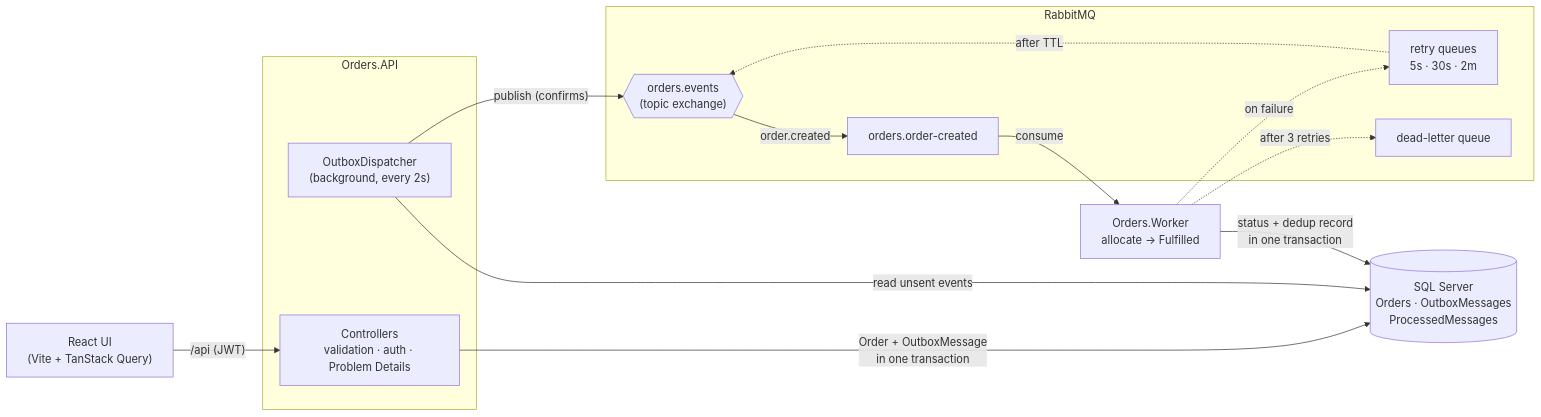
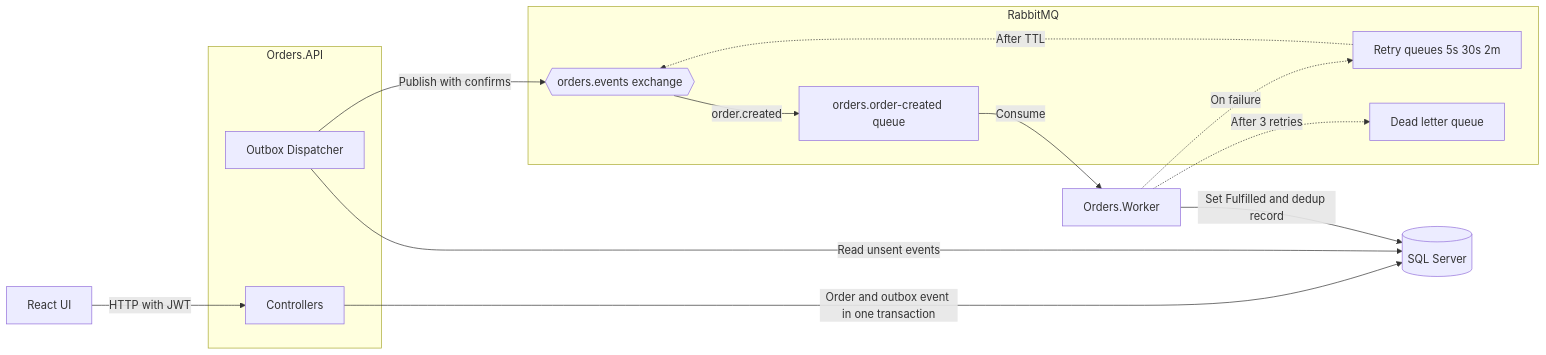
Before and after one commit to papi973/AmrodOrders: the first of 2 diagrams in README.md, drawn with Mermaid. The commit also changed other lines of this file, not shown here.

Commit message:
Fixed render errors

````diff
--- a/README.md
+++ b/README.md
@@ -113,31 +113,31 @@
 ```mermaid
 flowchart LR
-    UI["React UI<br/>(Vite + TanStack Query)"]
+    UI[React UI]
 
-    subgraph API["Orders.API"]
-        C["Controllers<br/>validation · auth · Problem Details"]
-        D["OutboxDispatcher<br/>(background, every 2s)"]
+    subgraph APIBOX [Orders.API]
+        C[Controllers]
+        D[Outbox Dispatcher]
     end
 
-    DB[("SQL Server<br/>Orders · OutboxMessages<br/>ProcessedMessages")]
+    DB[(SQL Server)]
 
-    subgraph MQ["RabbitMQ"]
-        X{{"orders.events<br/>(topic exchange)"}}
-        Q["orders.order-created"]
-        R["retry queues<br/>5s · 30s · 2m"]
-        DLQ["dead-letter queue"]
+    subgraph MQBOX [RabbitMQ]
+        X{{orders.events exchange}}
+        Q[orders.order-created queue]
+        R[Retry queues 5s 30s 2m]
+        DLQ[Dead letter queue]
     end
 
-    W["Orders.Worker<br/>allocate → Fulfilled"]
+    W[Orders.Worker]
 
-    UI -->|"/api (JWT)"| C
-    C -->|"Order + OutboxMessage<br/>in one transaction"| DB
-    D -->|"read unsent events"| DB
-    D -->|"publish (confirms)"| X
-    X -->|"order.created"| Q
-    Q -->|consume| W
-    W -->|"status + dedup record<br/>in one transaction"| DB
-    W -.->|"on failure"| R
-    R -.->|"after TTL"| X
-    W -.->|"after 3 retries"| DLQ
+    UI -->|HTTP with JWT| C
+    C -->|Order and outbox event in one transaction| DB
+    D -->|Read unsent events| DB
+    D -->|Publish with confirms| X
+    X -->|order.created| Q
+    Q -->|Consume| W
+    W -->|Set Fulfilled and dedup record| DB
+    W -.->|On failure| R
+    R -.->|After TTL| X
+    W -.->|After 3 retries| DLQ
 ```
````
